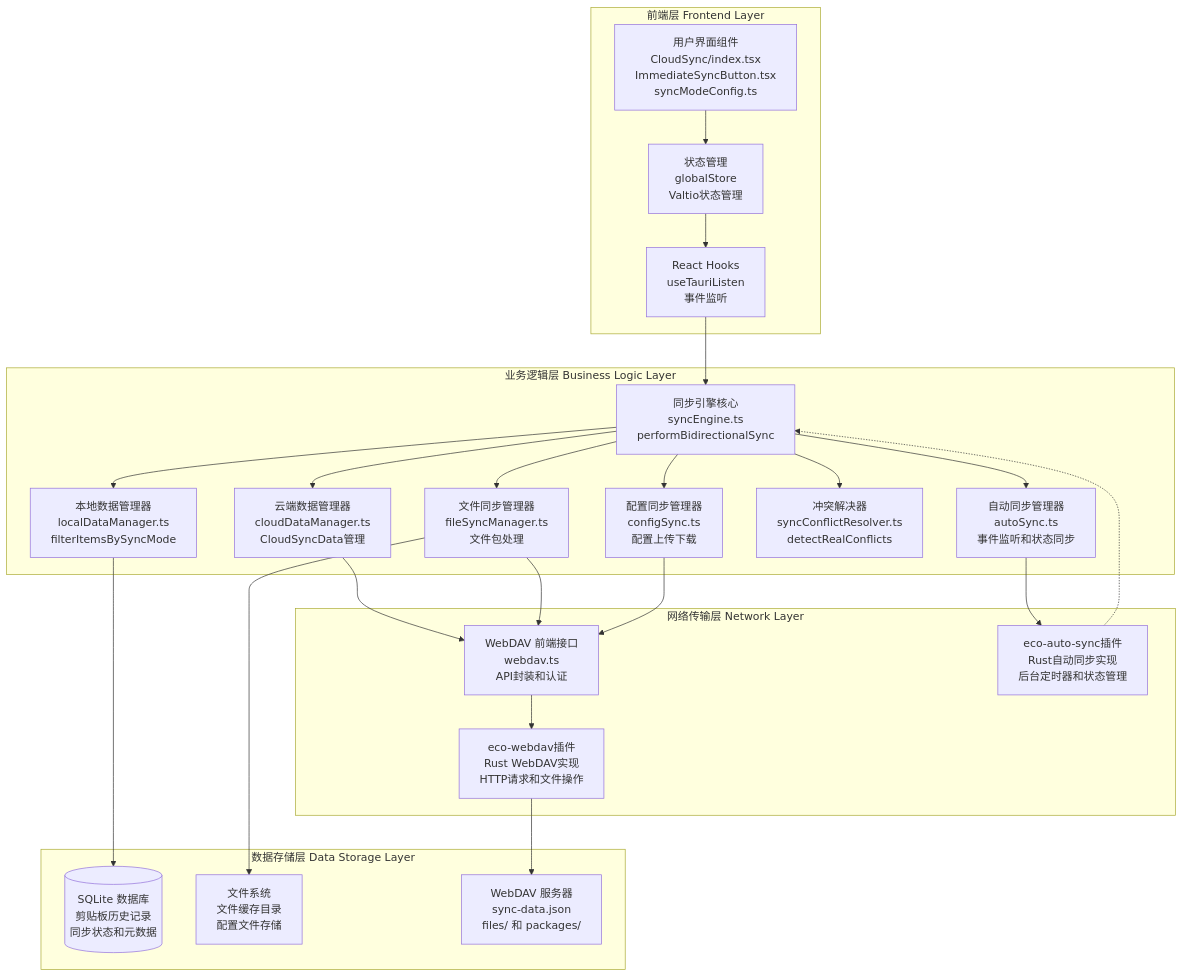
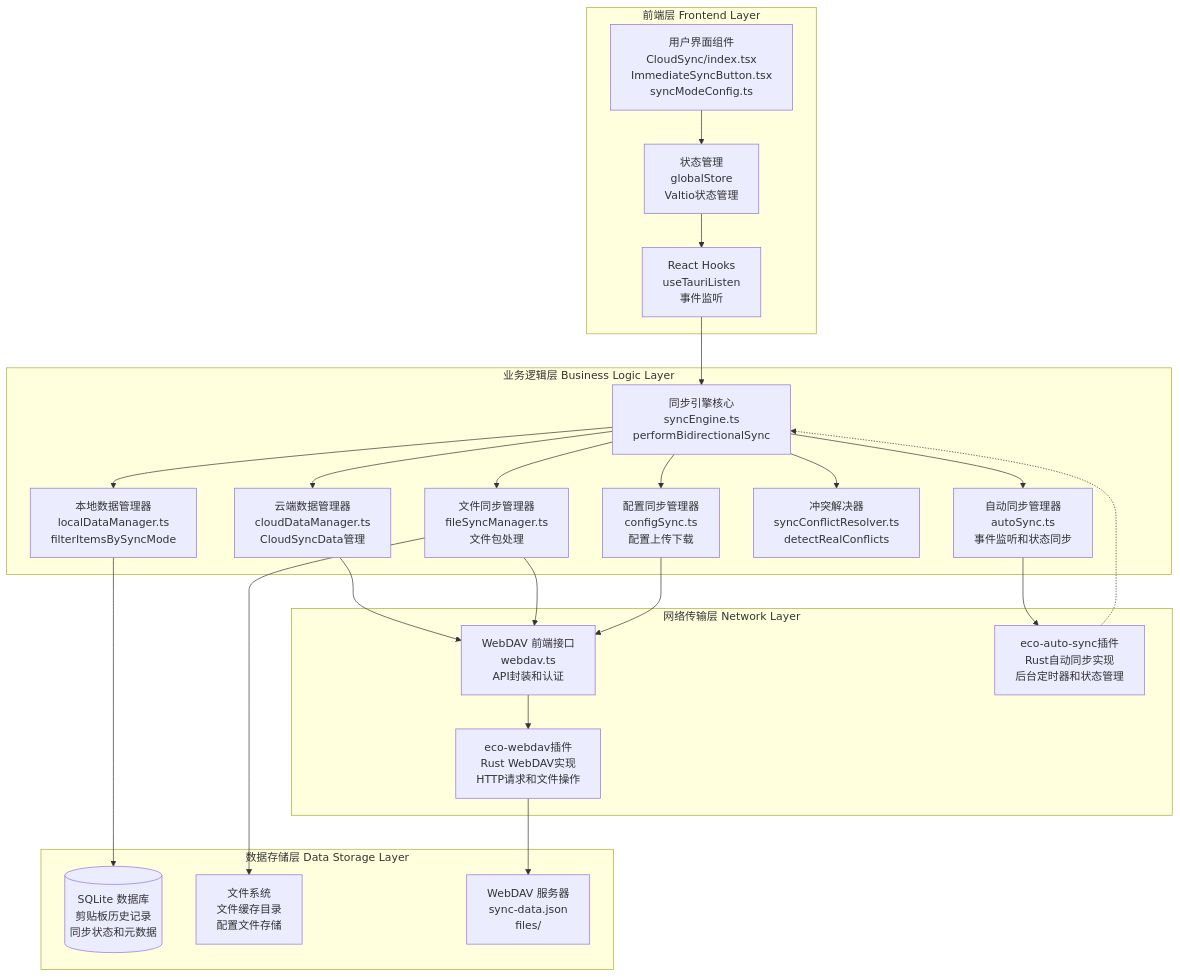
Before and after one commit to Ruszero01/EcoPaste-Sync: the first of 10 diagrams in docs/architecture-diagram.md, drawn with Mermaid. The commit also changed other lines of this file and 9 other files, not shown here.

````diff
--- a/docs/architecture-diagram.md
+++ b/docs/architecture-diagram.md
@@ -5,53 +5,53 @@
 ```mermaid
 graph TB
     subgraph "前端层 Frontend Layer"
         UI[用户界面组件<br/>CloudSync/index.tsx<br/>ImmediateSyncButton.tsx<br/>syncModeConfig.ts]
         State[状态管理<br/>globalStore<br/>Valtio状态管理]
         Hooks[React Hooks<br/>useTauriListen<br/>事件监听]
     end
 
     subgraph "业务逻辑层 Business Logic Layer"
         SyncEngine[同步引擎核心<br/>syncEngine.ts<br/>performBidirectionalSync]
         LocalData[本地数据管理器<br/>localDataManager.ts<br/>filterItemsBySyncMode]
         CloudData[云端数据管理器<br/>cloudDataManager.ts<br/>CloudSyncData管理]
         FileSync[文件同步管理器<br/>fileSyncManager.ts<br/>文件包处理]
         AutoSync[自动同步管理器<br/>autoSync.ts<br/>事件监听和状态同步]
         ConflictResolver[冲突解决器<br/>syncConflictResolver.ts<br/>detectRealConflicts]
         ConfigSync[配置同步管理器<br/>configSync.ts<br/>配置上传下载]
     end
 
     subgraph "网络传输层 Network Layer"
         WebDAVClient[WebDAV 前端接口<br/>webdav.ts<br/>API封装和认证]
         TauriPlugin1[eco-webdav插件<br/>Rust WebDAV实现<br/>HTTP请求和文件操作]
         TauriPlugin2[eco-auto-sync插件<br/>Rust自动同步实现<br/>后台定时器和状态管理]
     end
 
     subgraph "数据存储层 Data Storage Layer"
         SQLite[(SQLite 数据库<br/>剪贴板历史记录<br/>同步状态和元数据)]
         FileSystem[文件系统<br/>文件缓存目录<br/>配置文件存储]
-        WebDAVServer[WebDAV 服务器<br/>sync-data.json<br/>files/ 和 packages/]
+        WebDAVServer[WebDAV 服务器<br/>sync-data.json<br/>files/]
     end
 
     UI --> State
     State --> Hooks
     Hooks --> SyncEngine
 
     SyncEngine --> LocalData
     SyncEngine --> CloudData
     SyncEngine --> FileSync
     SyncEngine --> AutoSync
     SyncEngine --> ConflictResolver
     SyncEngine --> ConfigSync
 
     LocalData --> SQLite
     FileSync --> FileSystem
     CloudData --> WebDAVClient
     FileSync --> WebDAVClient
     ConfigSync --> WebDAVClient
 
     WebDAVClient --> TauriPlugin1
     AutoSync --> TauriPlugin2
     TauriPlugin1 --> WebDAVServer
 
     TauriPlugin2 -.-> SyncEngine
 ```
````
